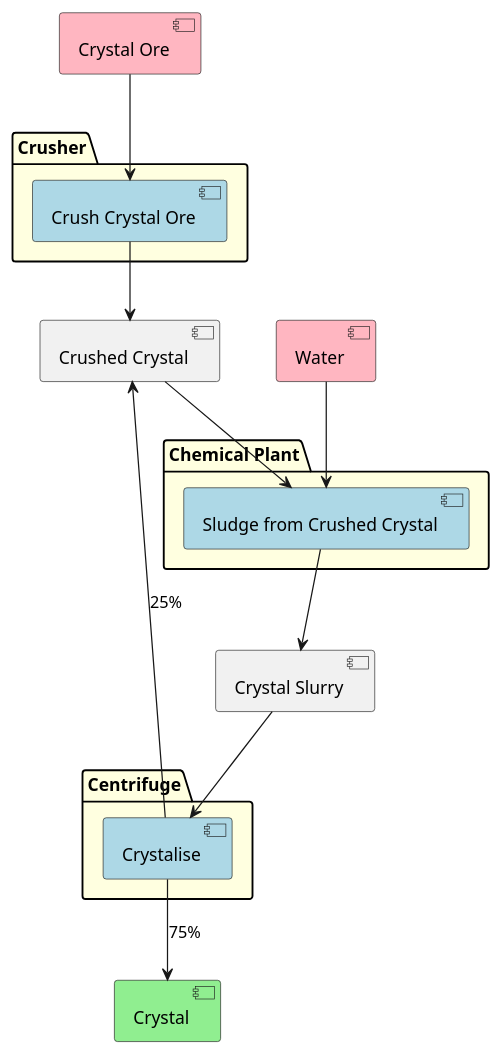
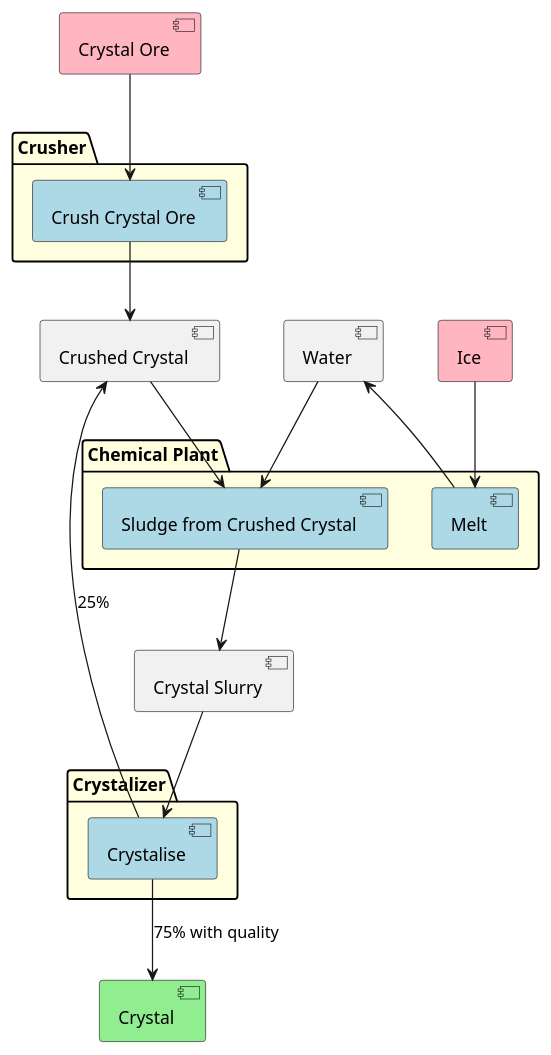
One commit to Thomas-De-Praetere/CrystalMod changed the diagram in Documentation/CrystalFlow.puml. Above: the diagram before and after it, drawn with PlantUML. The commit also changed 5 other files, not shown here.

Commit message:
Updated readme Updated graphs accordingly

```diff
--- a/Documentation/CrystalFlow.puml
+++ b/Documentation/CrystalFlow.puml
@@ -1,39 +1,43 @@
 @startuml
 
 hide methods
 hide fields
 hide circle
 
 [Crystal Ore] as CO #lightpink
 [Crushed Crystal] as CCr
 [Crystal Slurry] as CS
-[Water] as W #lightpink
+[Ice] as I #lightpink
+[Water] as W
 
 [Crystal] as C #lightgreen
 
 package "Chemical Plant" #lightyellow {
 [Sludge from Crushed Crystal] as SCS #lightblue
+[Melt] as Me #lightblue
 }
 
 package Crusher #lightyellow {
 [Crush Crystal Ore] as Cr #lightblue
 }
 
-package Centrifuge #lightyellow {
+package Crystalizer #lightyellow {
 [Crystalise] as CCF #lightblue
 }
 
 
 CO --> Cr
 Cr --> CCr
 CCr --> SCS
+I --> Me
+Me --> W
 W --> SCS
 SCS --> CS
 CS --> CCF
-CCF --> C : 75%
+CCF --> C : 75% with quality
 CCF --> CCr : 25%
 
 
 
 
 @enduml
```
